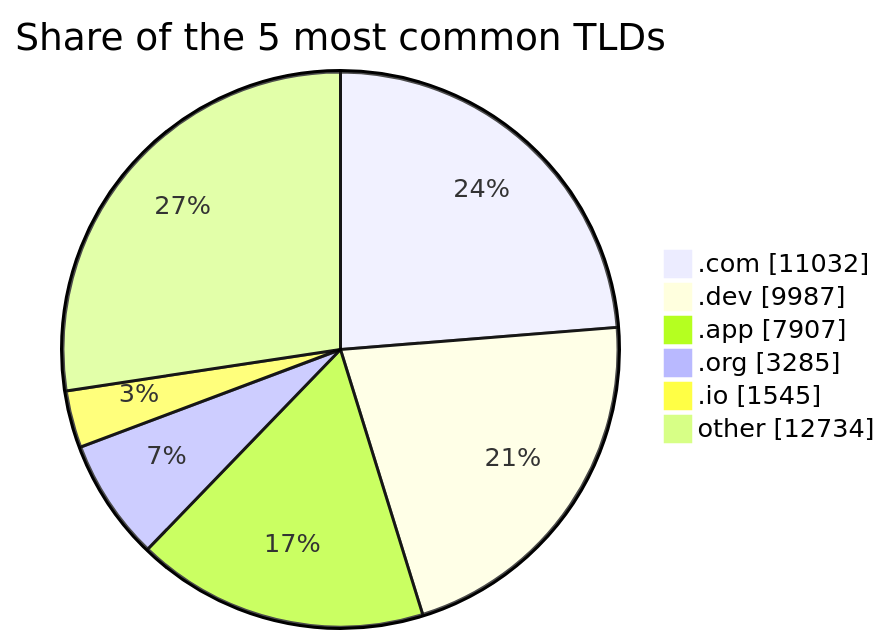
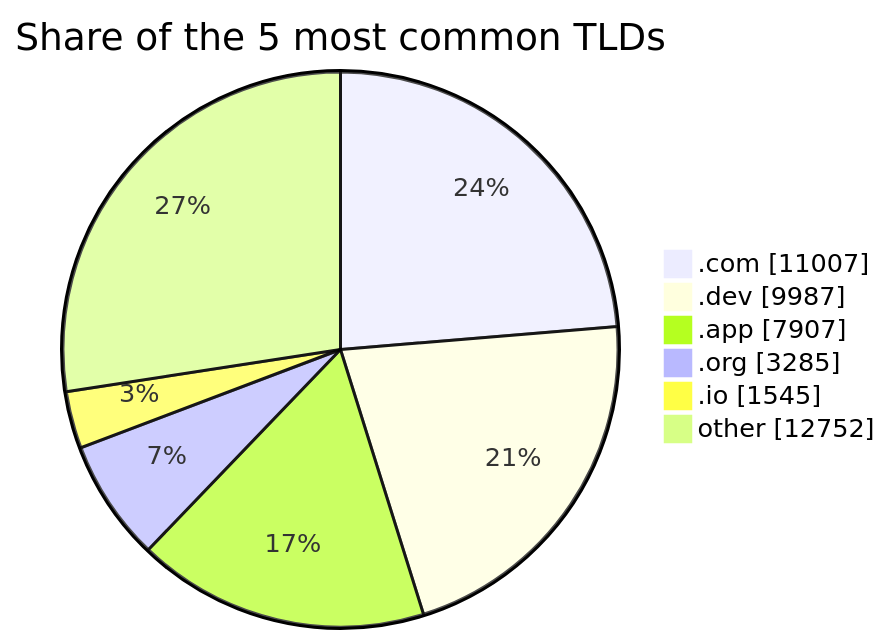
Before and after one commit to DNSBunker/CTI: the third of 3 diagrams in README.md, drawn with Mermaid. The commit also changed other lines of this file and 3 other files, not shown here.

````diff
--- a/README.md
+++ b/README.md
@@ -81,9 +81,9 @@
 ```mermaid
 pie showData title Share of the 5 most common TLDs
-    ".com" : 11032
+    ".com" : 11007
     ".dev" : 9987
     ".app" : 7907
     ".org" : 3285
     ".io" : 1545
-    "other" : 12734
+    "other" : 12752
 ```
````
